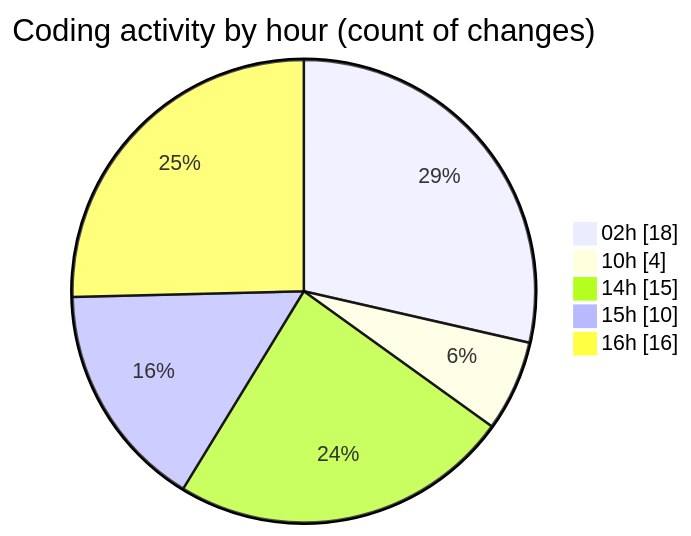
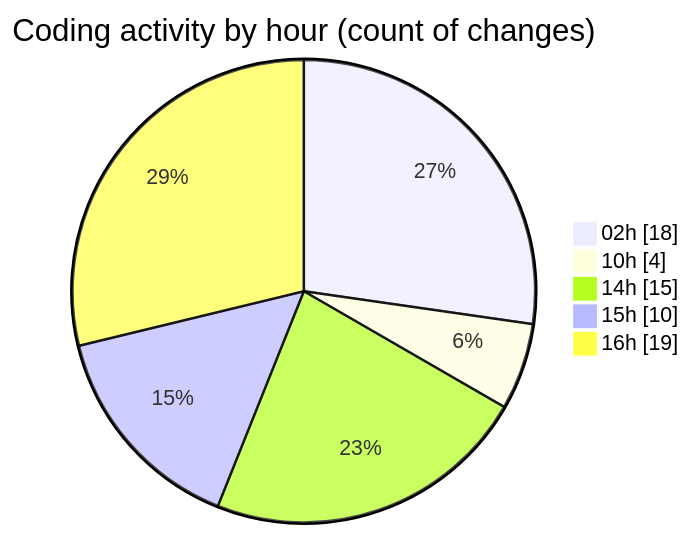
Before and after one commit to julien-gomy/code-tracking: the second of 2 diagrams in 2025-10-15/eventscop-frontend-guide__workspace_/README.md, drawn with Mermaid. The commit also changed other lines of this file and 1 other file, not shown here.

````diff
--- a/2025-10-15/eventscop-frontend-guide__workspace_/README.md
+++ b/2025-10-15/eventscop-frontend-guide__workspace_/README.md
@@ -46,9 +47,9 @@
 ```mermaid
 pie showData
 title Coding activity by hour (count of changes)
 "02h" : 18
 "10h" : 4
 "14h" : 15
 "15h" : 10
-"16h" : 16
+"16h" : 19
 ```
````
